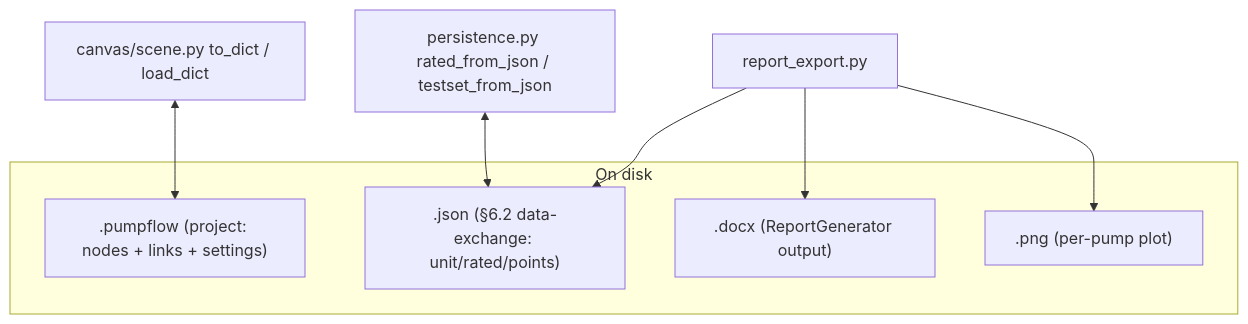
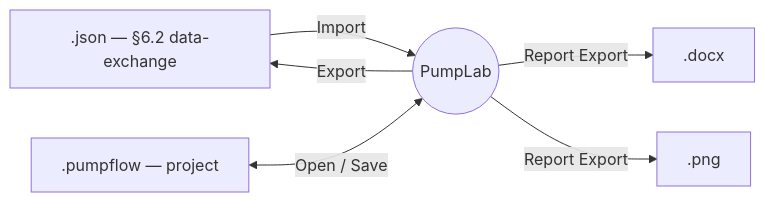
The diagram in pumpflow/docs/data_formats.md (eu-cristofer/CentrifugalPump), drawn with Mermaid before and after one commit. The commit also changed other lines of this file and 8 other files, not shown here.

````diff
--- a/pumpflow/docs/data_formats.md
+++ b/pumpflow/docs/data_formats.md
@@ -181,14 +6,8 @@
 ```mermaid
-flowchart TB
-    subgraph DISK["On disk"]
-        PF[".pumpflow (project: nodes + links + settings)"]
-        DJ[".json (§6.2 data-exchange: unit/rated/points)"]
-        DOCX[".docx (ReportGenerator output)"]
-        PNG[".png (per-pump plot)"]
-    end
-    SCENE["canvas/scene.py to_dict / load_dict"] <--> PF
-    PERSIST["persistence.py rated_from_json / testset_from_json"] <--> DJ
-    RE["report_export.py"] --> DOCX
-    RE --> PNG
-    RE --> DJ
+flowchart LR
+    DJ[".json — §6.2 data-exchange"] -->|Import| APP((PumpLab))
+    APP -->|Export| DJ
+    PF[".pumpflow — project"] <-->|Open / Save| APP
+    APP -->|Report Export| DOCX[".docx"]
+    APP -->|Report Export| PNG[".png"]
 ```
````
